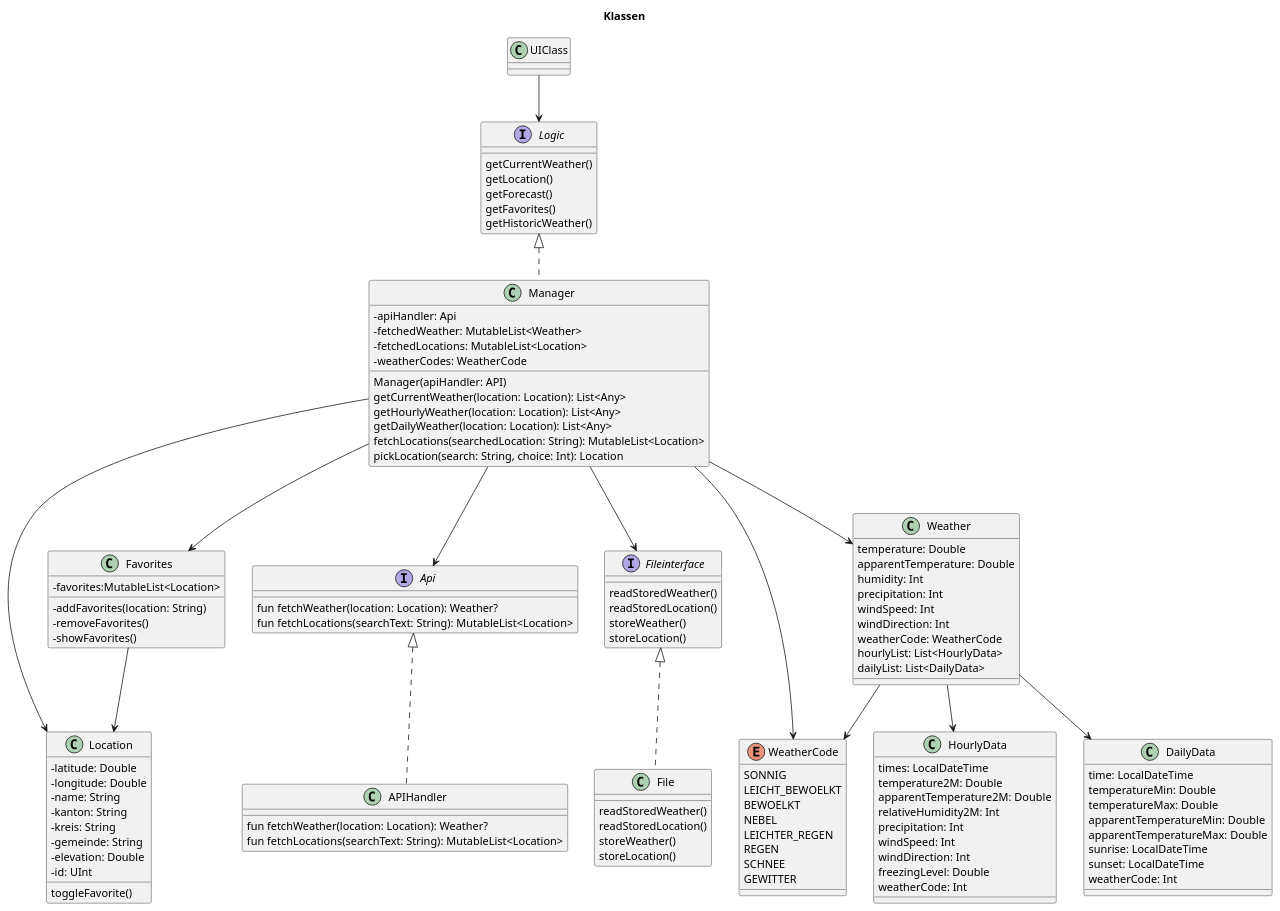
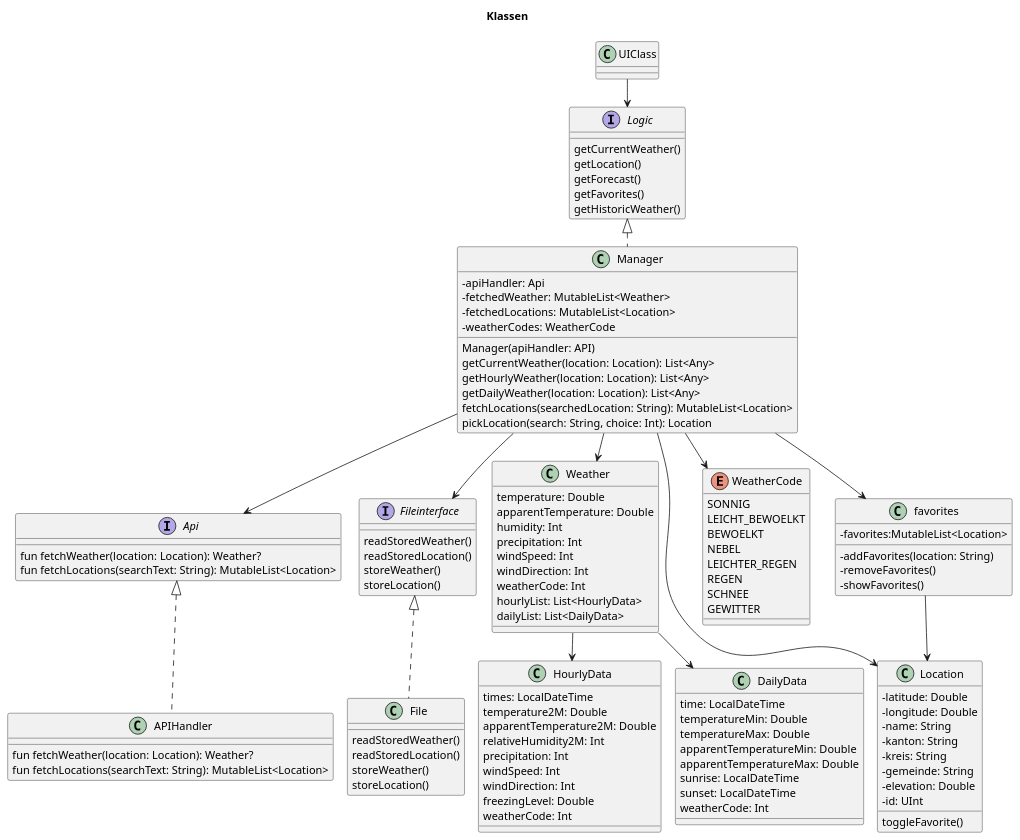
The diagram in doc/ClassDiagram_Feedback.puml (GrgPtrKoch/Wetterapp_pk), drawn with PlantUML before and after one commit. The commit also changed 6 other files, not shown here.

Commit message:
Anpassungen im Klassendiagram und ungenutze Codefragmente gelöscht

```diff
--- a/doc/ClassDiagram_Feedback.puml
+++ b/doc/ClassDiagram_Feedback.puml
@@ -1,147 +1,144 @@
 @startuml
 'https://plantuml.com/class-diagram
 
-
+!pragma layout smetana
 skinparam classAttributeIconSize 0
 title Klassen
 
 
 
 Api <|-. APIHandler
 UIClass --> Logic
 Logic <|-. Manager
 Fileinterface <|-. File
 Manager --> Fileinterface
 Manager --> Api
 Manager --> Weather
 Manager -> Location
-Weather --> WeatherCode
 Weather --> HourlyData
 Weather --> DailyData
 Manager --> WeatherCode
-Favorites --> Location
-Manager --> Favorites
+favorites --> Location
+Manager --> favorites
 
 class Manager {
     - apiHandler: Api
     - fetchedWeather: MutableList<Weather>
     - fetchedLocations: MutableList<Location>
     - weatherCodes: WeatherCode
     Manager(apiHandler: API)
     getCurrentWeather(location: Location): List<Any>
     getHourlyWeather(location: Location): List<Any>
     getDailyWeather(location: Location): List<Any>
     fetchLocations(searchedLocation: String): MutableList<Location>
     pickLocation(search: String, choice: Int): Location
 }
 
 interface Fileinterface {
     readStoredWeather()
     readStoredLocation()
     storeWeather()
     storeLocation()
 
 }
 
 interface Api {
      fun fetchWeather(location: Location): Weather?
      fun fetchLocations(searchText: String): MutableList<Location>
 }
 
 
 interface Logic {
     getCurrentWeather()
     getLocation()
     getForecast()
     getFavorites()
     getHistoricWeather()
 }
 
 class UIClass {
 
 }
 
 
 class File {
     readStoredWeather()
     readStoredLocation()
     storeWeather()
     storeLocation()
 }
 
 
 class APIHandler {
     fun fetchWeather(location: Location): Weather?
     fun fetchLocations(searchText: String): MutableList<Location>
 
 }
 
 class Weather {
     temperature: Double
     apparentTemperature: Double
     humidity: Int
     precipitation: Int
     windSpeed: Int
     windDirection: Int
-    weatherCode: WeatherCode
+    weatherCode: Int
     hourlyList: List<HourlyData>
     dailyList: List<DailyData>
 }
 
 class HourlyData {
     times: LocalDateTime
     temperature2M: Double
     apparentTemperature2M: Double
     relativeHumidity2M: Int
     precipitation: Int
     windSpeed: Int
     windDirection: Int
     freezingLevel: Double
     weatherCode: Int
 }
 
 class DailyData {
     time: LocalDateTime
     temperatureMin: Double
     temperatureMax: Double
     apparentTemperatureMin: Double
     apparentTemperatureMax: Double
     sunrise: LocalDateTime
     sunset: LocalDateTime
     weatherCode: Int
 }
 
 class Location {
     - latitude: Double
     - longitude: Double
     - name: String
     - kanton: String
     - kreis: String
     - gemeinde: String
     - elevation: Double
     - id: UInt
     toggleFavorite()
 }
 
-object Favorites {
+object favorites {
     - favorites:MutableList<Location>
     - addFavorites(location: String)
     - removeFavorites()
     - showFavorites()
 }
-
-
 
 enum WeatherCode {
      SONNIG
      LEICHT_BEWOELKT
      BEWOELKT
      NEBEL
      LEICHTER_REGEN
      REGEN
      SCHNEE
      GEWITTER
 }
 
 
 @enduml
```
